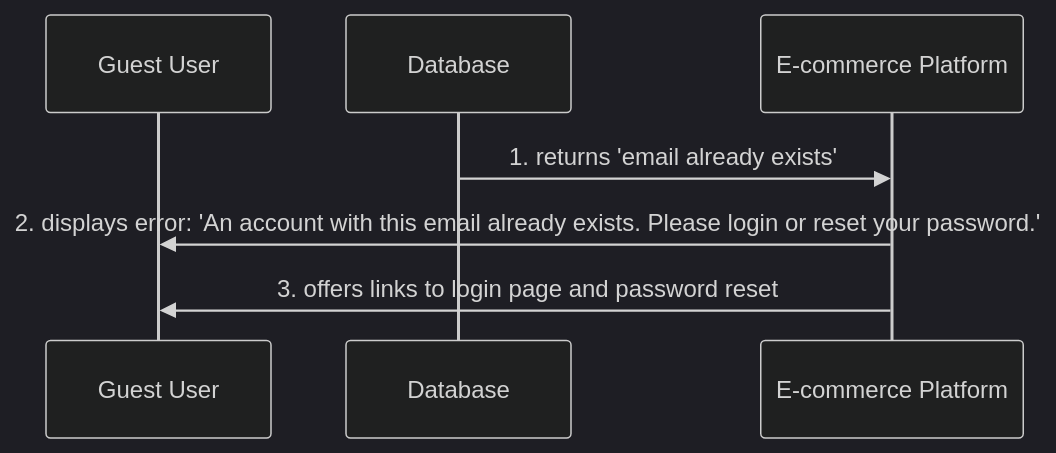
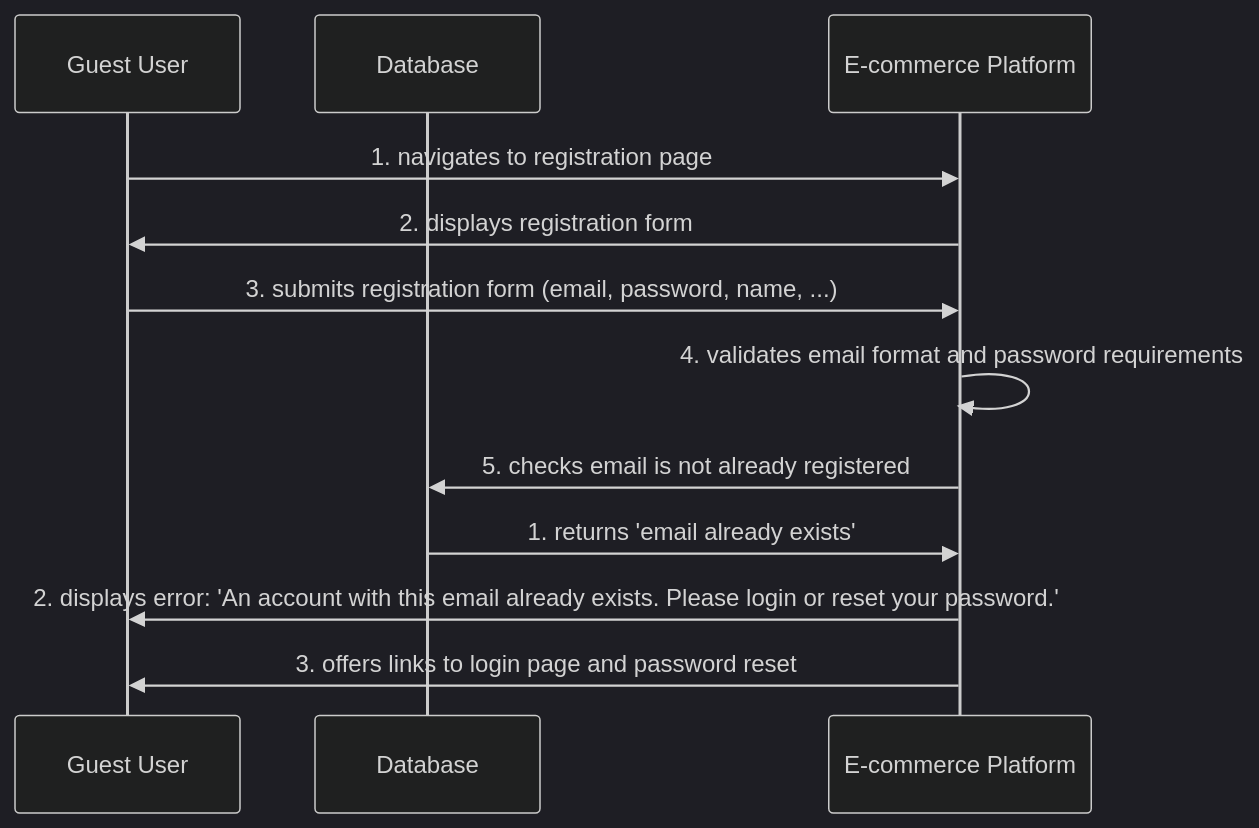
Before and after one commit to Guillaumecoi/MUCM: the third of 5 diagrams in examples/ecommerce-demo/docs/use-cases/authentication/UC-AUTH-001/README.md, drawn with Mermaid (dark theme). The commit also changed other lines of this file and 54 other files, not shown here.

````diff
--- a/examples/ecommerce-demo/docs/use-cases/authentication/UC-AUTH-001/README.md
+++ b/examples/ecommerce-demo/docs/use-cases/authentication/UC-AUTH-001/README.md
@@ -117,7 +130,14 @@
 ```mermaid
 sequenceDiagram
 participant Guest User
+participant Database
+participant E-commerce Platform
+Guest User->>E-commerce Platform: 1. navigates to registration page
+E-commerce Platform->>Guest User: 2. displays registration form
+Guest User->>E-commerce Platform: 3. submits registration form (email, password, name, ...)
+E-commerce Platform->>E-commerce Platform: 4. validates email format and password requirements
+E-commerce Platform->>Database: 5. checks email is not already registered
 Database->>E-commerce Platform: 1. returns 'email already exists'
 E-commerce Platform->>Guest User: 2. displays error: 'An account with this email already exists. Please login or reset your password.'
 E-commerce Platform->>Guest User: 3. offers links to login page and password reset
 ```
````
